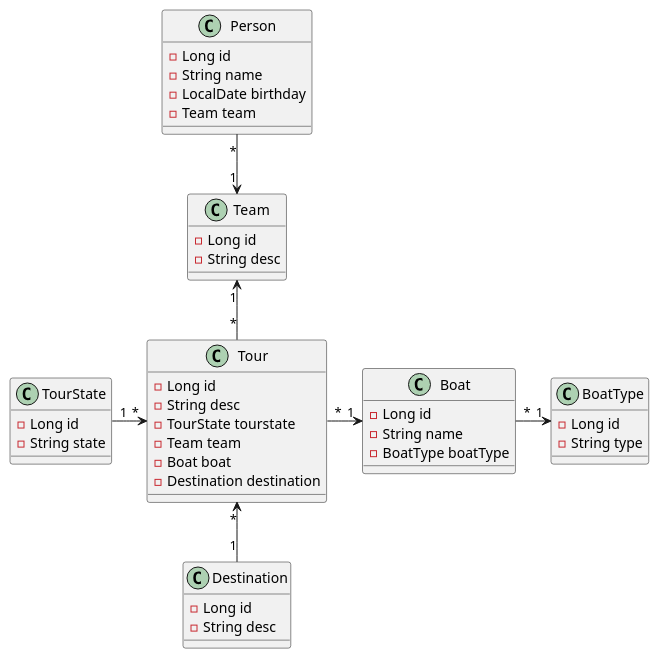
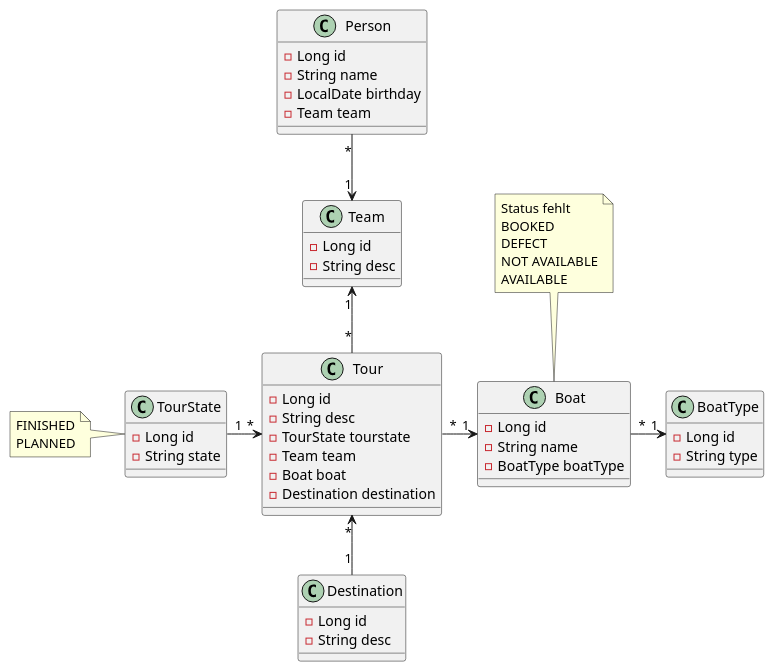
One commit to htl-leonding-project/tour-logger changed the diagram in asciidocs/plantuml/class-diagramm.puml. Above: the diagram before and after it, drawn with PlantUML.

Commit message:
document review 2021-02-10 pallitsch-infanger,stuetz

```diff
--- a/asciidocs/plantuml/class-diagramm.puml
+++ b/asciidocs/plantuml/class-diagramm.puml
@@ -1,52 +1,56 @@
 @startuml
 
 class Person {
 - Long id
 - String name
 - LocalDate birthday
 - Team team
 }
 
 class Team {
 - Long id
 - String desc
 }
 
 class Tour {
 - Long id
 - String desc
 - TourState tourstate
 - Team team
 - Boat boat
 - Destination destination
 }
 
 class TourState {
 - Long id
 - String state
 }
 
+note left: FINISHED\nPLANNED
+
 class Destination {
 - Long id
 - String desc
 }
 
 class Boat {
 - Long id
 - String name
 - BoatType boatType
 }
+
+note top: Status fehlt\nBOOKED\nDEFECT\nNOT AVAILABLE\nAVAILABLE
 
 class BoatType {
 - Long id
 - String type
 }
 
 Person "*" --> "1" Team
 Team "1" <-- "*" Tour
 TourState "1" -right-> "*" Tour
 Destination "1" -up-> "*" Tour
 Tour "*" -right-> "1" Boat
 Boat "*" -right-> "1" BoatType
 
 @enduml
```
